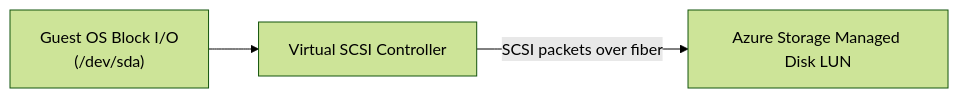
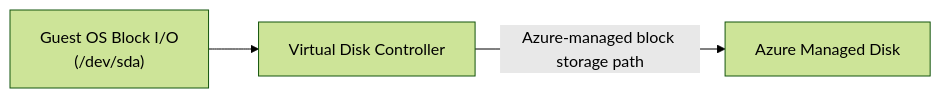
One commit to senlinyy/dev-roadmaps changed the first of 2 diagrams in cloud-providers/azure/compute-application-hosting/virtual-machines.md. Above: the diagram before and after it, drawn with Mermaid (forest theme). The commit also changed other lines of this file and 530 other files, not shown here.

````diff
--- a/cloud-providers/azure/compute-application-hosting/virtual-machines.md
+++ b/cloud-providers/azure/compute-application-hosting/virtual-machines.md
@@ -74,5 +78,5 @@
 ```mermaid
 flowchart LR
-    OSFS["Guest OS Block I/O<br/>(/dev/sda)"] --> VController["Virtual SCSI Controller"]
-    VController -- "SCSI packets over fiber" --> ManagedDisk["Azure Storage Managed Disk LUN"]
+    OSFS["Guest OS Block I/O<br/>(/dev/sda)"] --> VController["Virtual Disk Controller"]
+    VController -- "Azure-managed block storage path" --> ManagedDisk["Azure Managed Disk"]
 ```
````
